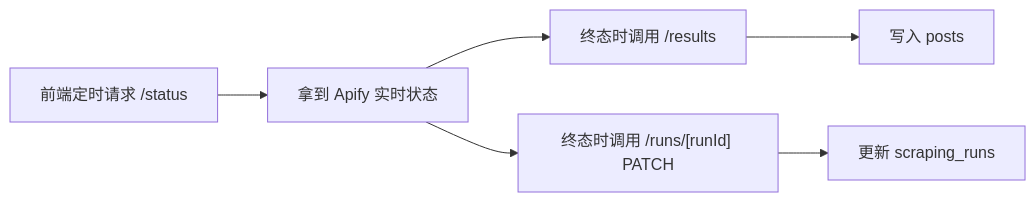
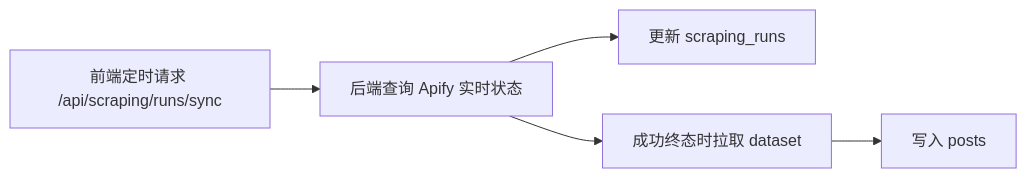
One commit to steven-95271/reddit-ops-web changed the second of 2 diagrams in docs/workflow/p2-scraping.md. Above: the diagram before and after it, drawn with Mermaid. The commit also changed other lines of this file and 12 other files, not shown here.

````diff
--- a/docs/workflow/p2-scraping.md
+++ b/docs/workflow/p2-scraping.md
@@ -120,8 +110,7 @@
 ```mermaid
 flowchart LR
-    A["前端定时请求 /status"] --> B["拿到 Apify 实时状态"]
-    B --> C["终态时调用 /results"]
-    B --> D["终态时调用 /runs/[runId] PATCH"]
-    C --> E["写入 posts"]
-    D --> F["更新 scraping_runs"]
+    A["前端定时请求 /api/scraping/runs/sync"] --> B["后端查询 Apify 实时状态"]
+    B --> C["更新 scraping_runs"]
+    B --> D["成功终态时拉取 dataset"]
+    D --> E["写入 posts"]
 ```
````
